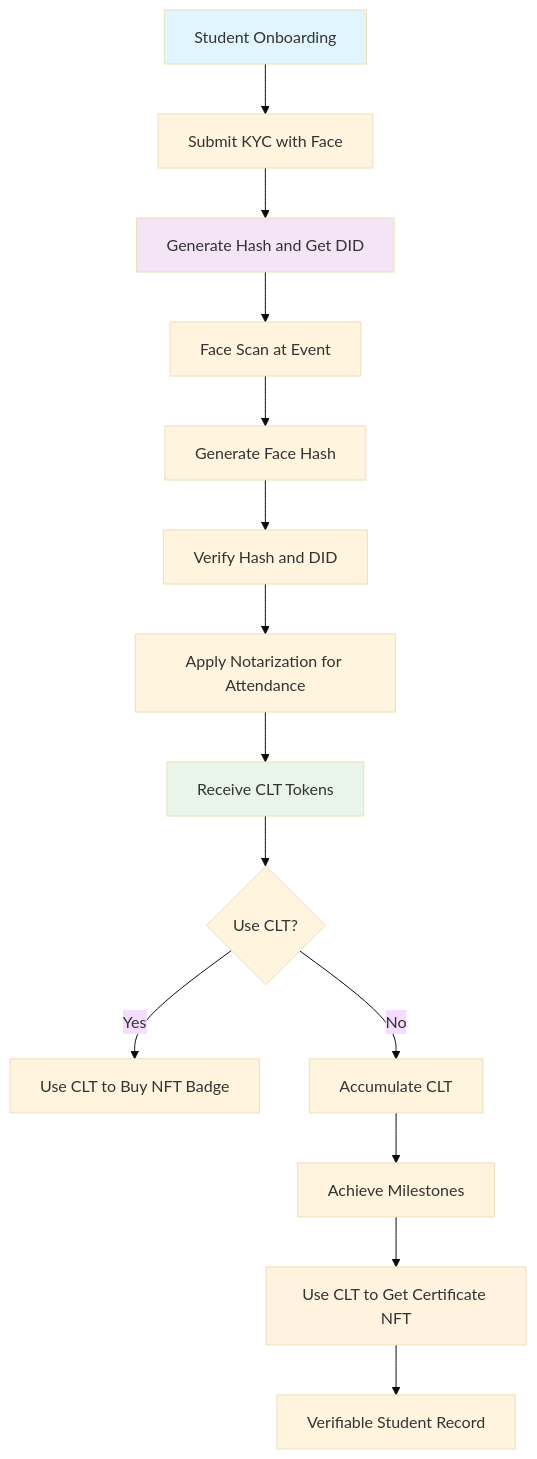
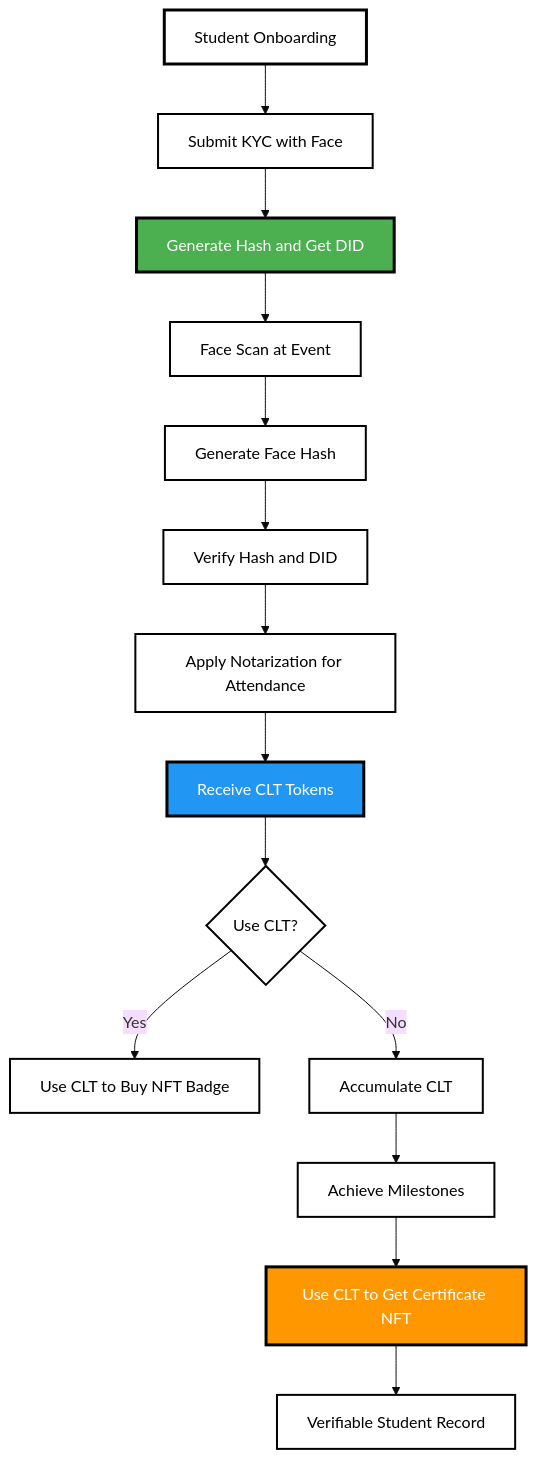
One commit to derek2403/iota-hackathon changed the diagram in README.md. Above: the diagram before and after it, drawn with Mermaid (base theme). The commit also changed other lines of this file, not shown here.

````diff
--- a/README.md
+++ b/README.md
@@ -44,21 +44,31 @@
 ```mermaid
 flowchart TD
     A[Student Onboarding] --> B[Submit KYC with Face]
     B --> C[Generate Hash and Get DID]
     C --> D[Face Scan at Event]
     D --> E[Generate Face Hash]
     E --> F[Verify Hash and DID]
     F --> G[Apply Notarization for Attendance]
     G --> H[Receive CLT Tokens]
     H --> I{Use CLT?}
     I -->|Yes| J[Use CLT to Buy NFT Badge]
     I -->|No| K[Accumulate CLT]
     K --> L[Achieve Milestones]
     L --> M[Use CLT to Get Certificate NFT]
     M --> N[Verifiable Student Record]
     
-    style A fill:#e1f5fe
-    style C fill:#f3e5f5
-    style H fill:#e8f5e8
-    style M fill:#fff3e0
+    style A fill:#ffffff,stroke:#000000,stroke-width:3px,color:#000000
+    style B fill:#ffffff,stroke:#000000,stroke-width:2px,color:#000000
+    style C fill:#4CAF50,stroke:#000000,stroke-width:3px,color:#ffffff
+    style D fill:#ffffff,stroke:#000000,stroke-width:2px,color:#000000
+    style E fill:#ffffff,stroke:#000000,stroke-width:2px,color:#000000
+    style F fill:#ffffff,stroke:#000000,stroke-width:2px,color:#000000
+    style G fill:#ffffff,stroke:#000000,stroke-width:2px,color:#000000
+    style H fill:#2196F3,stroke:#000000,stroke-width:3px,color:#ffffff
+    style I fill:#ffffff,stroke:#000000,stroke-width:2px,color:#000000
+    style J fill:#ffffff,stroke:#000000,stroke-width:2px,color:#000000
+    style K fill:#ffffff,stroke:#000000,stroke-width:2px,color:#000000
+    style L fill:#ffffff,stroke:#000000,stroke-width:2px,color:#000000
+    style M fill:#FF9800,stroke:#000000,stroke-width:3px,color:#ffffff
+    style N fill:#ffffff,stroke:#000000,stroke-width:2px,color:#000000
 ```
````
